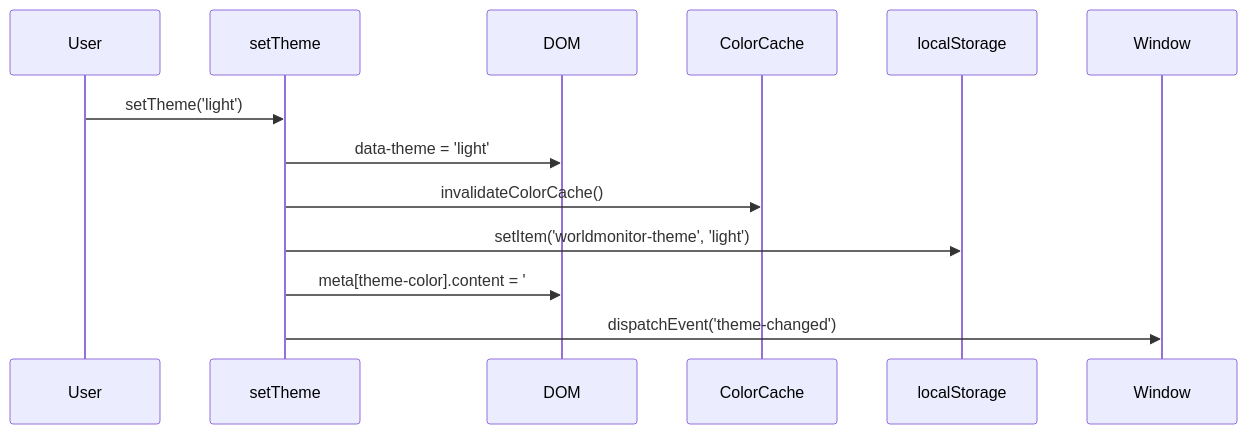
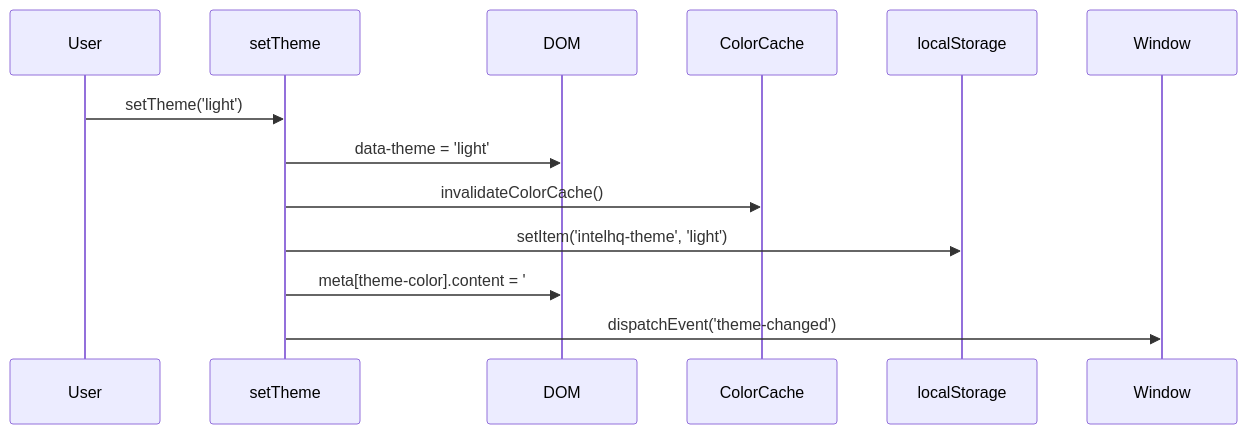
Before and after one commit to laikhtman/worldmonitor: the fourth of 10 diagrams in docs/STATE_MANAGEMENT.md, drawn with Mermaid. The commit also changed other lines of this file and 90 other files, not shown here.

````diff
--- a/docs/STATE_MANAGEMENT.md
+++ b/docs/STATE_MANAGEMENT.md
@@ -295,16 +295,16 @@
 ```mermaid
 sequenceDiagram
     participant User
     participant setTheme
     participant DOM
     participant ColorCache
     participant localStorage
     participant Window
 
     User->>setTheme: setTheme('light')
     setTheme->>DOM: data-theme = 'light'
     setTheme->>ColorCache: invalidateColorCache()
-    setTheme->>localStorage: setItem('worldmonitor-theme', 'light')
+    setTheme->>localStorage: setItem('intelhq-theme', 'light')
     setTheme->>DOM: meta[theme-color].content = '#f8f9fa'
     setTheme->>Window: dispatchEvent('theme-changed')
 ```
````
